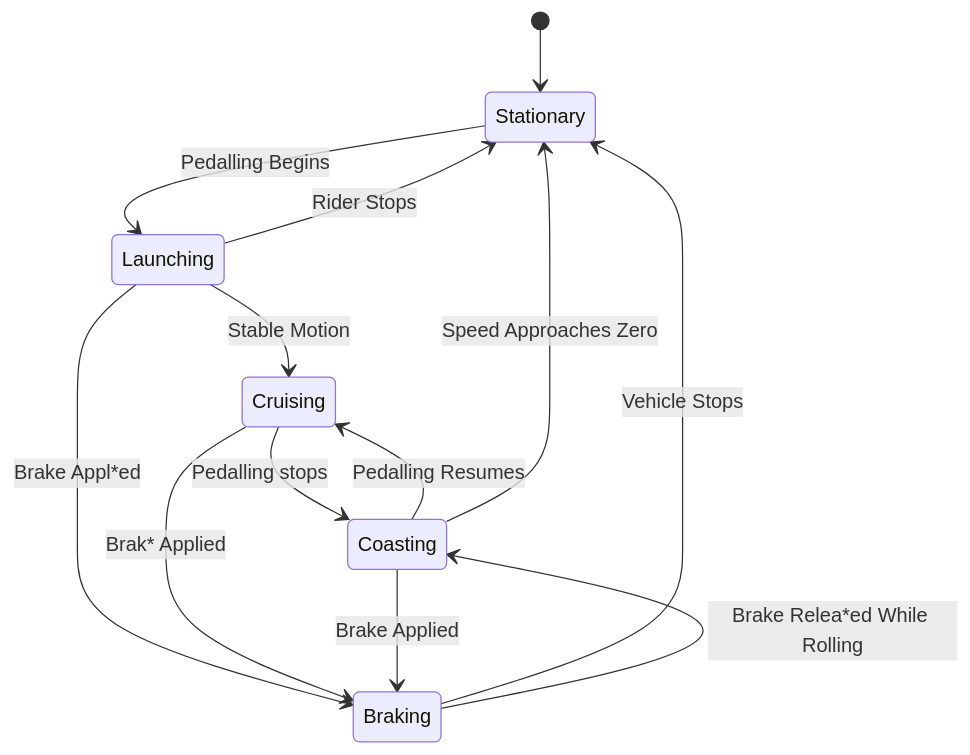
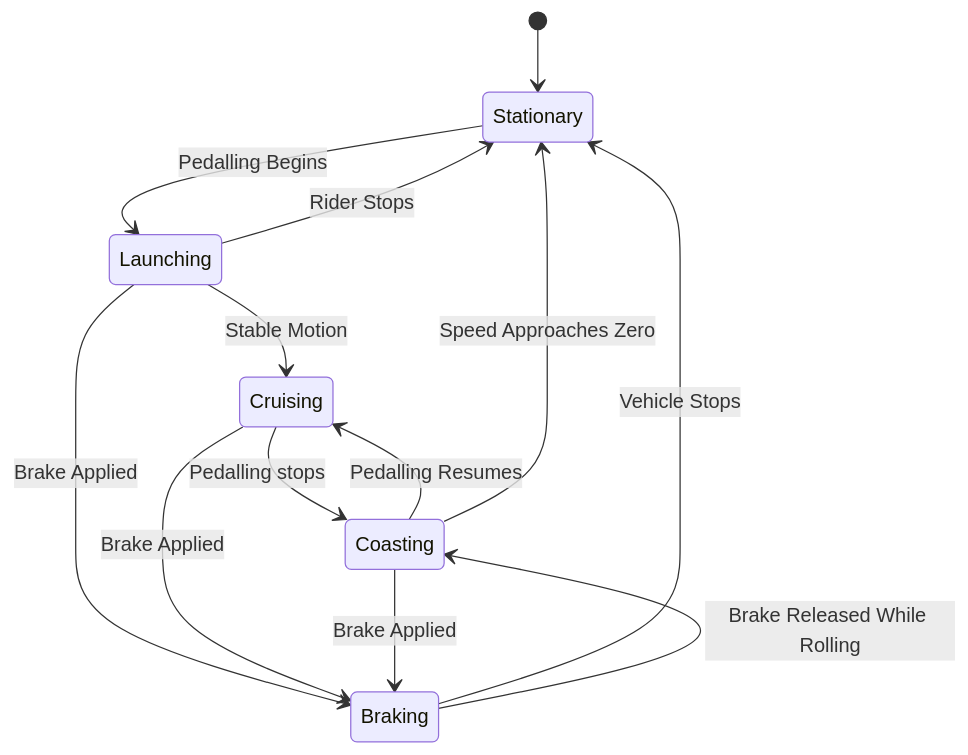
The third of 7 diagrams in docs/architecture.md (tspreck/ferrous-drive), drawn with Mermaid before and after one commit.

Commit message:
Fix spelling errors in architecture documentation
Corrected spelling errors in state transitions.

````diff
--- a/docs/architecture.md
+++ b/docs/architecture.md
@@ -161,23 +161,23 @@
 ```mermaid
 stateDiagram-v2
 
     [*] --> Stationary
 
     Stationary --> Launching : Pedalling Begins
 
     Launching --> Cruising : Stable Motion
 
     Cruising --> Coasting : Pedalling stops
 
     Coasting --> Cruising : Pedalling Resumes
 
     Coasting --> Stationary : Speed Approaches Zero
 
     Launching --> Stationary : Rider Stops
 
-    Launching --> Braking : Brake Appl*ed
-    Cruising --> Braking : Brak* Applied
+    Launching --> Braking : Brake Applied
+    Cruising --> Braking : Brake Applied
     Coasting --> Braking : Brake Applied
     Braking --> Stationary : Vehicle Stops
-    Braking --> Coasting : Brake Relea*ed While Rolling
+    Braking --> Coasting : Brake Released While Rolling
 ```
````
